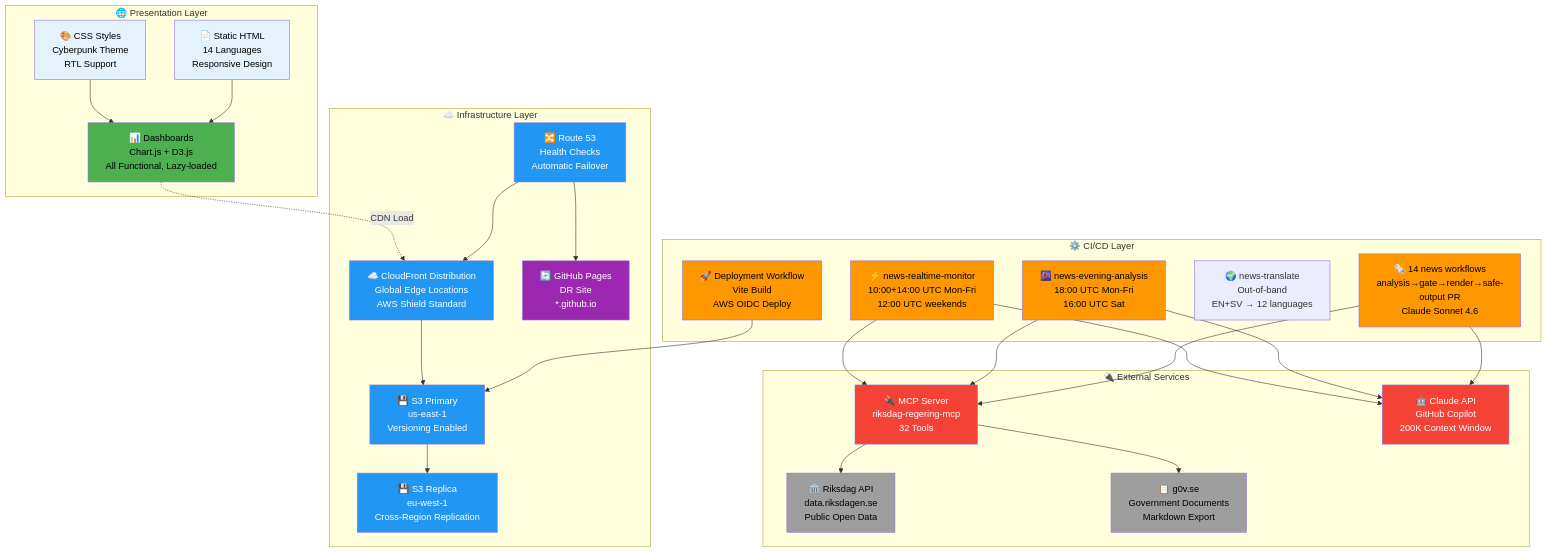
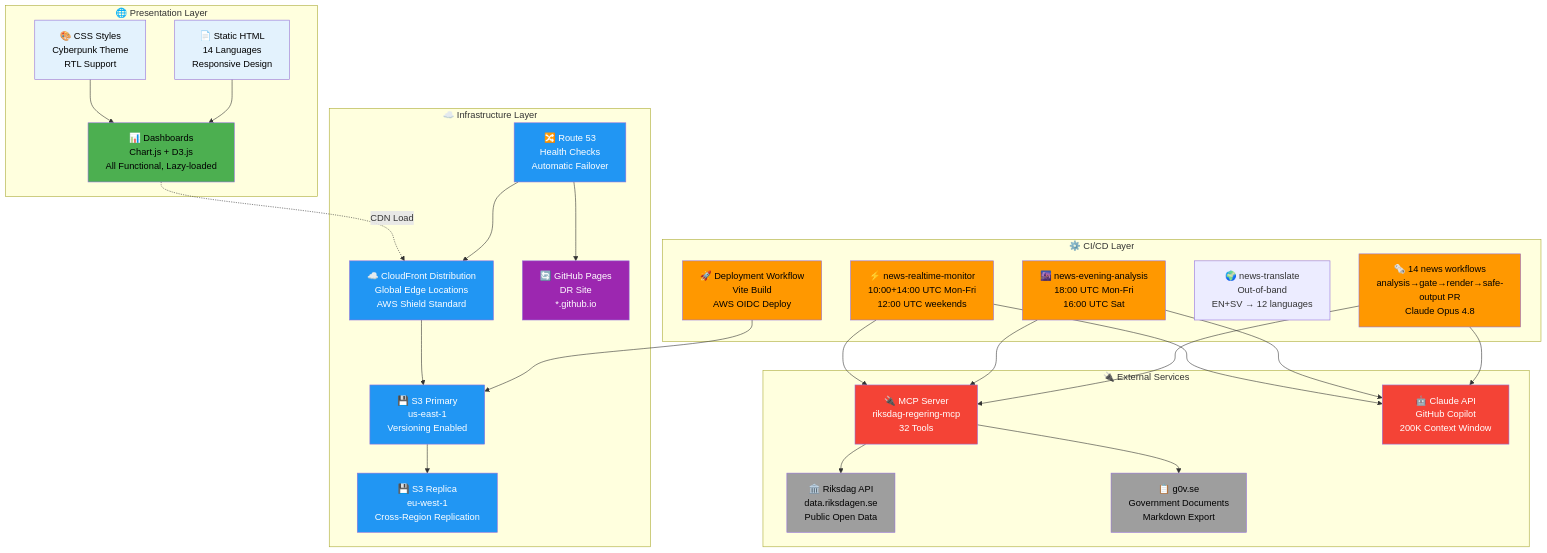
One commit to Hack23/riksdagsmonitor changed the second of 14 diagrams in THREAT_MODEL.md. Above: the diagram before and after it, drawn with Mermaid. The commit also changed other lines of this file, not shown here.

````diff
--- a/THREAT_MODEL.md
+++ b/THREAT_MODEL.md
@@ -312,71 +312,71 @@
 ```mermaid
 graph TB
     subgraph "🌐 Presentation Layer"
         HTML[📄 Static HTML<br/>14 Languages<br/>Responsive Design]
         CSS[🎨 CSS Styles<br/>Cyberpunk Theme<br/>RTL Support]
         Dashboard[📊 Dashboards<br/>Chart.js + D3.js<br/>All Functional, Lazy-loaded]
     end
     
     subgraph "⚙️ CI/CD Layer"
-        Workflow1[🗞️ 14 news workflows<br/>analysis→gate→render→safe-output PR<br/>Claude Sonnet 4.6]
+        Workflow1[🗞️ 14 news workflows<br/>analysis→gate→render→safe-output PR<br/>Claude Opus 4.8]
         Workflow2[🌆 news-evening-analysis<br/>18:00 UTC Mon-Fri<br/>16:00 UTC Sat]
         Workflow3[⚡ news-realtime-monitor<br/>10:00+14:00 UTC Mon-Fri<br/>12:00 UTC weekends]
         Workflow4[🌍 news-translate<br/>Out-of-band<br/>EN+SV → 12 languages]
         Deploy[🚀 Deployment Workflow<br/>Vite Build<br/>AWS OIDC Deploy]
     end
     
     subgraph "☁️ Infrastructure Layer"
         CDN[☁️ CloudFront Distribution<br/>Global Edge Locations<br/>AWS Shield Standard]
         S3Primary[💾 S3 Primary<br/>us-east-1<br/>Versioning Enabled]
         S3Replica[💾 S3 Replica<br/>eu-west-1<br/>Cross-Region Replication]
         DNS[🔀 Route 53<br/>Health Checks<br/>Automatic Failover]
         GHPages[🔄 GitHub Pages<br/>DR Site<br/>*.github.io]
     end
     
     subgraph "🔌 External Services"
         MCP[🔌 MCP Server<br/>riksdag-regering-mcp<br/>32 Tools]
         ClaudeAPI[🤖 Claude API<br/>GitHub Copilot<br/>200K Context Window]
         Riksdag[🏛️ Riksdag API<br/>data.riksdagen.se<br/>Public Open Data]
         G0V[📋 g0v.se<br/>Government Documents<br/>Markdown Export]
     end
     
     HTML --> Dashboard
     CSS --> Dashboard
     
     Workflow1 --> ClaudeAPI
     Workflow2 --> ClaudeAPI
     Workflow3 --> ClaudeAPI
     
     Workflow1 --> MCP
     Workflow2 --> MCP
     Workflow3 --> MCP
     
     Deploy --> S3Primary
     S3Primary --> S3Replica
     
     CDN --> S3Primary
     DNS --> CDN
     DNS --> GHPages
     
     MCP --> Riksdag
     MCP --> G0V
     
     Dashboard -.->|CDN Load| CDN
     
     style HTML fill:#e3f2fd,color:#000
     style CSS fill:#e3f2fd,color:#000
     style Dashboard fill:#4caf50,color:#000
     style Workflow1 fill:#ff9800,color:#000
     style Workflow2 fill:#ff9800,color:#000
     style Workflow3 fill:#ff9800,color:#000
     style Deploy fill:#ff9800,color:#000
     style CDN fill:#2196f3,color:#fff
     style S3Primary fill:#2196f3,color:#fff
     style S3Replica fill:#2196f3,color:#fff
     style DNS fill:#2196f3,color:#fff
     style GHPages fill:#9c27b0,color:#fff
     style MCP fill:#f44336,color:#fff
     style ClaudeAPI fill:#f44336,color:#fff
     style Riksdag fill:#9e9e9e,color:#000
     style G0V fill:#9e9e9e,color:#000
 ```
````
